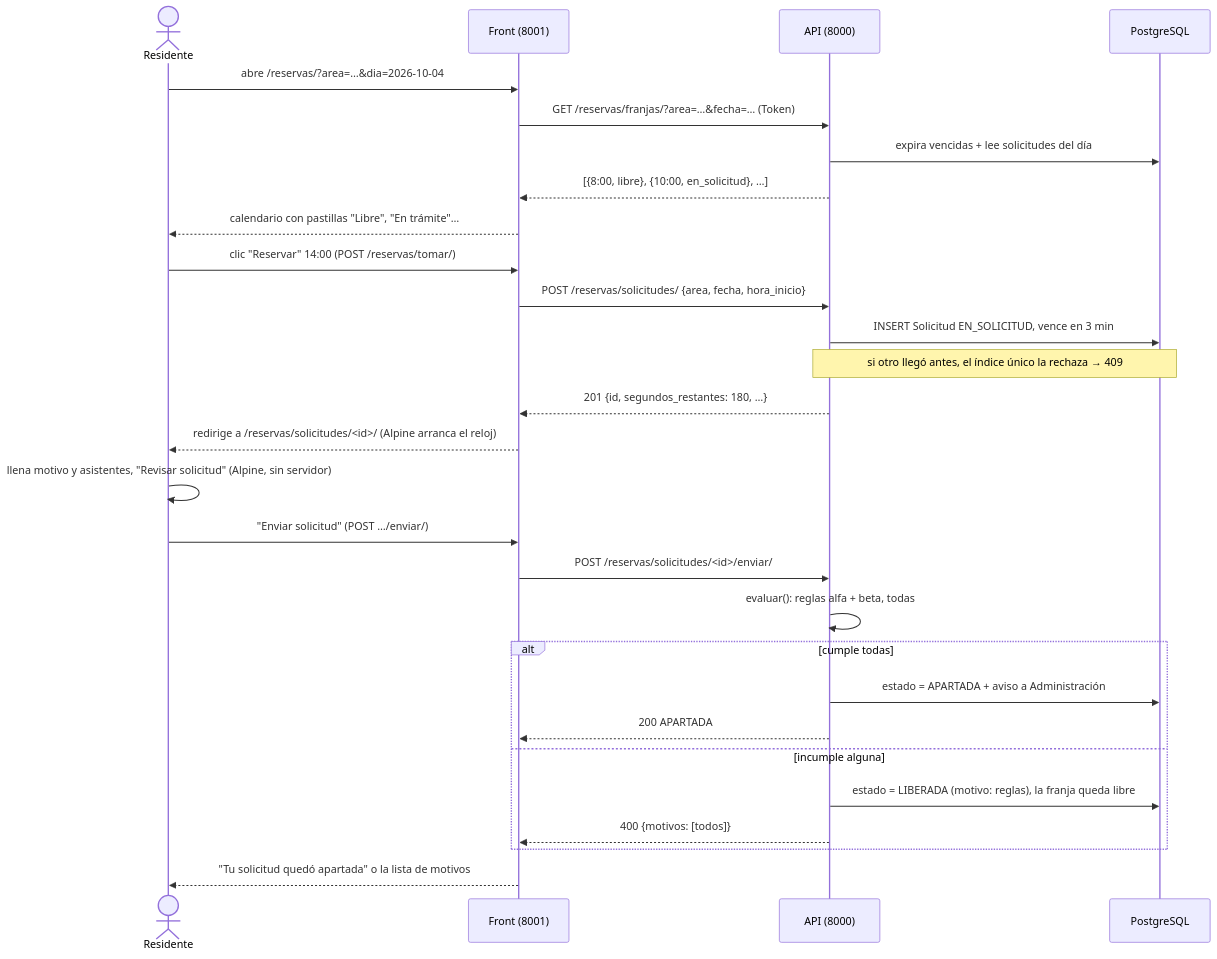
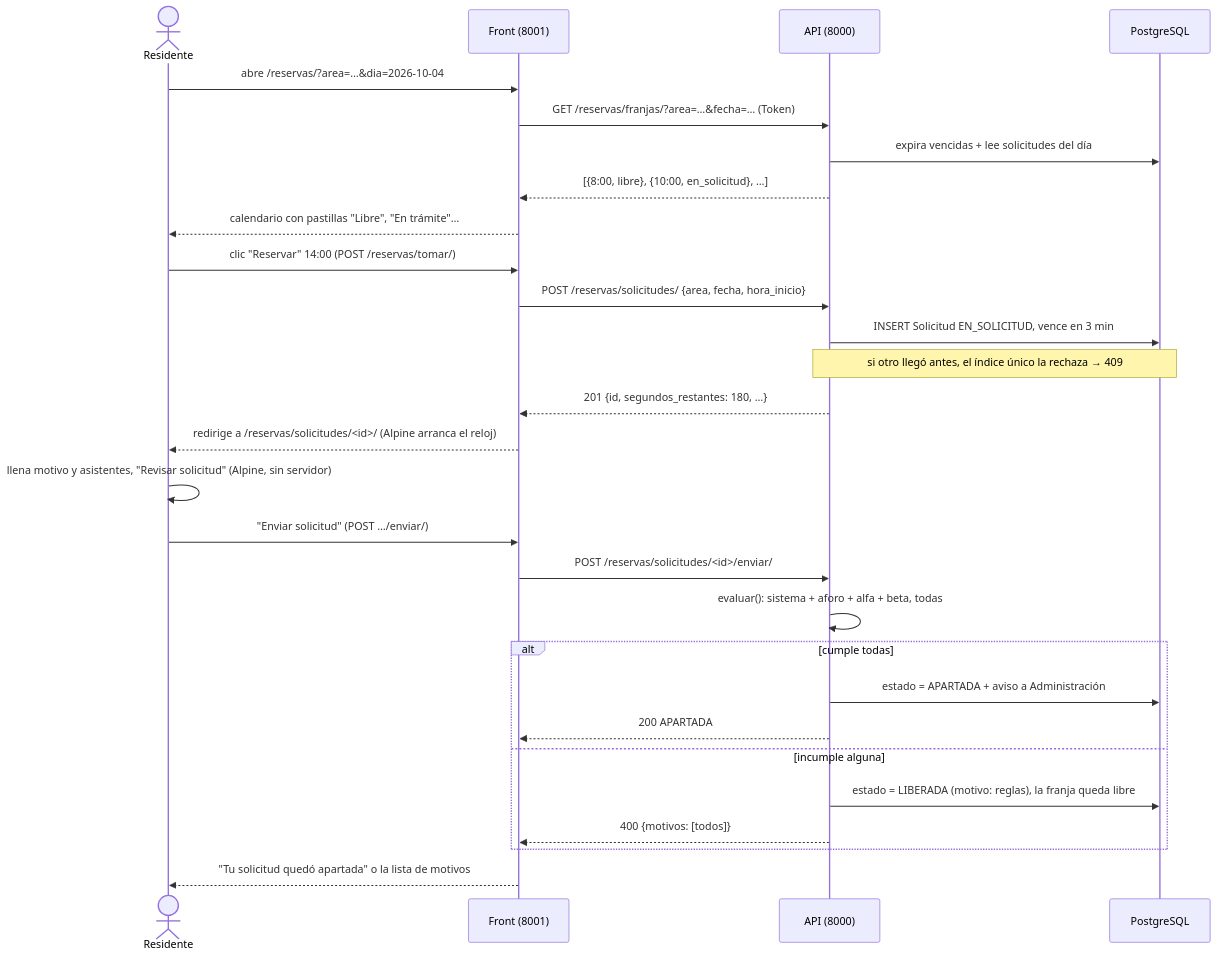
One commit to ZeroFour-04/Admind_Documentacion changed the first of 2 diagrams in 05_Modulos/reservas.md. Above: the diagram before and after it, drawn with Mermaid. The commit also changed other lines of this file and 21 other files, not shown here.

````diff
--- a/05_Modulos/reservas.md
+++ b/05_Modulos/reservas.md
@@ -67,33 +68,33 @@
 ```mermaid
 sequenceDiagram
     actor R as Residente
     participant F as Front (8001)
     participant A as API (8000)
     participant DB as PostgreSQL
 
     R->>F: abre /reservas/?area=…&dia=2026-10-04
     F->>A: GET /reservas/franjas/?area=…&fecha=…  (Token)
     A->>DB: expira vencidas + lee solicitudes del día
     A-->>F: [{8:00, libre}, {10:00, en_solicitud}, …]
     F-->>R: calendario con pastillas "Libre", "En trámite"…
 
     R->>F: clic "Reservar" 14:00 (POST /reservas/tomar/)
     F->>A: POST /reservas/solicitudes/ {area, fecha, hora_inicio}
     A->>DB: INSERT Solicitud EN_SOLICITUD, vence en 3 min
     Note over A,DB: si otro llegó antes, el índice único la rechaza → 409
     A-->>F: 201 {id, segundos_restantes: 180, …}
     F-->>R: redirige a /reservas/solicitudes/<id>/  (Alpine arranca el reloj)
 
     R->>R: llena motivo y asistentes, "Revisar solicitud" (Alpine, sin servidor)
     R->>F: "Enviar solicitud" (POST …/enviar/)
     F->>A: POST /reservas/solicitudes/<id>/enviar/
-    A->>A: evaluar(): reglas alfa + beta, todas
+    A->>A: evaluar(): sistema + aforo + alfa + beta, todas
     alt cumple todas
         A->>DB: estado = APARTADA + aviso a Administración
         A-->>F: 200 APARTADA
     else incumple alguna
         A->>DB: estado = LIBERADA (motivo: reglas), la franja queda libre
         A-->>F: 400 {motivos: [todos]}
     end
     F-->>R: "Tu solicitud quedó apartada" o la lista de motivos
 ```
````
